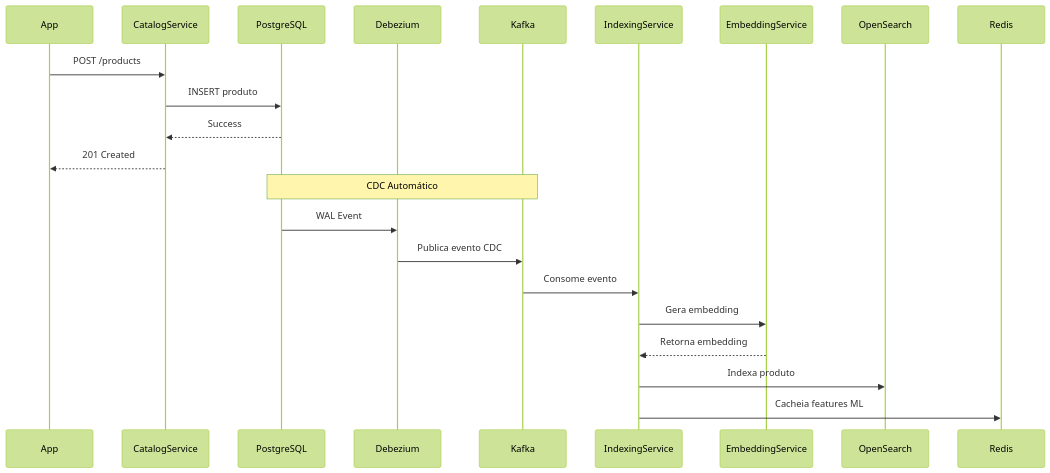
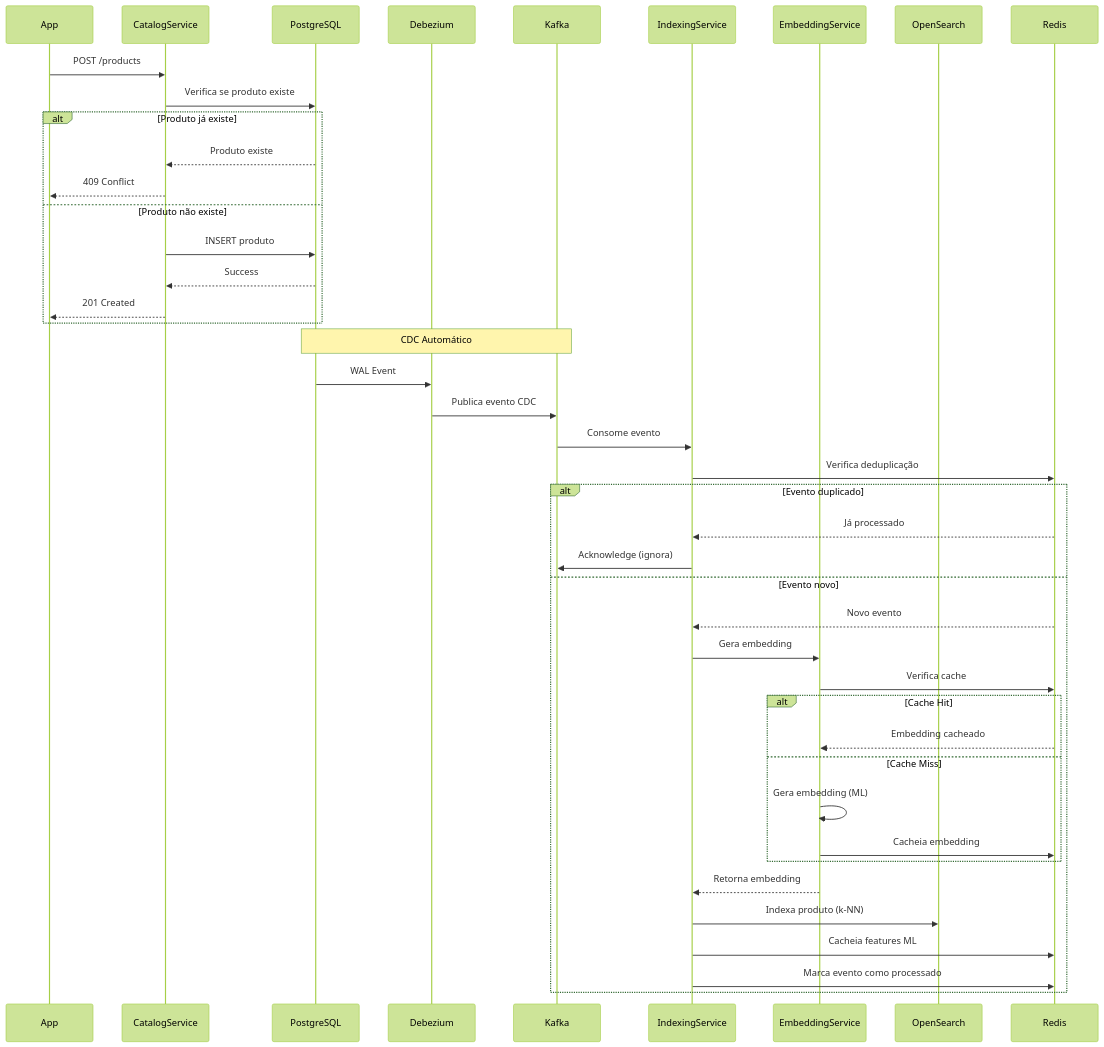
Before and after one commit to pablords/marketplace-search-system: the first of 2 diagrams in docs/ARCHITECTURE.md, drawn with Mermaid (forest theme). The commit also changed other lines of this file and 3 other files, not shown here.

Commit message:
feat: enhance README and architecture documentation with new features; add details on idempotency, event deduplication, hybrid search, and Redis caching; update service responsibilities and health check information for improved clarity

````diff
--- a/docs/ARCHITECTURE.md
+++ b/docs/ARCHITECTURE.md
@@ -190,26 +231,47 @@
 ```mermaid
 sequenceDiagram
     participant App
     participant CatalogService
     participant PostgreSQL
     participant Debezium
     participant Kafka
     participant IndexingService
     participant EmbeddingService
     participant OpenSearch
     participant Redis
 
     App->>CatalogService: POST /products
-    CatalogService->>PostgreSQL: INSERT produto
-    PostgreSQL-->>CatalogService: Success
-    CatalogService-->>App: 201 Created
+    CatalogService->>PostgreSQL: Verifica se produto existe
+    alt Produto já existe
+        PostgreSQL-->>CatalogService: Produto existe
+        CatalogService-->>App: 409 Conflict
+    else Produto não existe
+        CatalogService->>PostgreSQL: INSERT produto
+        PostgreSQL-->>CatalogService: Success
+        CatalogService-->>App: 201 Created
+    end
     
     Note over PostgreSQL,Kafka: CDC Automático
     PostgreSQL->>Debezium: WAL Event
     Debezium->>Kafka: Publica evento CDC
     Kafka->>IndexingService: Consome evento
-    IndexingService->>EmbeddingService: Gera embedding
-    EmbeddingService-->>IndexingService: Retorna embedding
-    IndexingService->>OpenSearch: Indexa produto
-    IndexingService->>Redis: Cacheia features ML
+    IndexingService->>Redis: Verifica deduplicação
+    alt Evento duplicado
+        Redis-->>IndexingService: Já processado
+        IndexingService->>Kafka: Acknowledge (ignora)
+    else Evento novo
+        Redis-->>IndexingService: Novo evento
+        IndexingService->>EmbeddingService: Gera embedding
+        EmbeddingService->>Redis: Verifica cache
+        alt Cache Hit
+            Redis-->>EmbeddingService: Embedding cacheado
+        else Cache Miss
+            EmbeddingService->>EmbeddingService: Gera embedding (ML)
+            EmbeddingService->>Redis: Cacheia embedding
+        end
+        EmbeddingService-->>IndexingService: Retorna embedding
+        IndexingService->>OpenSearch: Indexa produto (k-NN)
+        IndexingService->>Redis: Cacheia features ML
+        IndexingService->>Redis: Marca evento como processado
+    end
 ```
````
